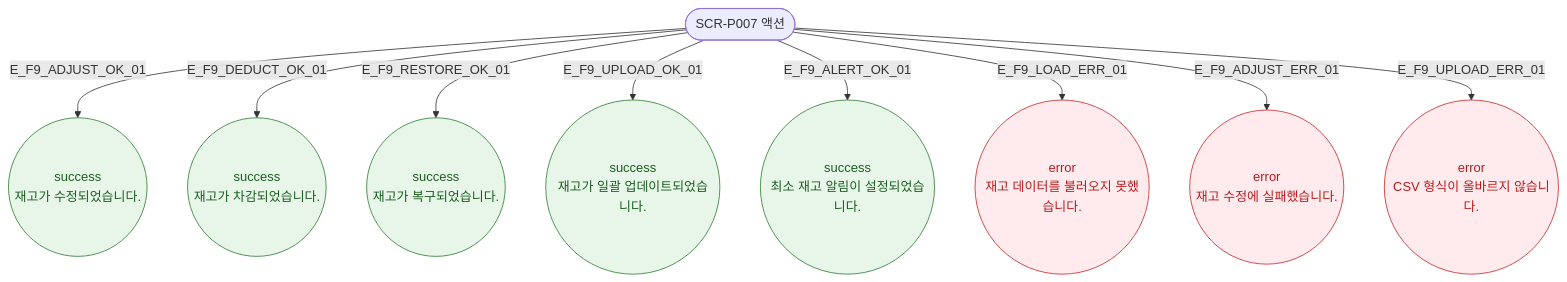
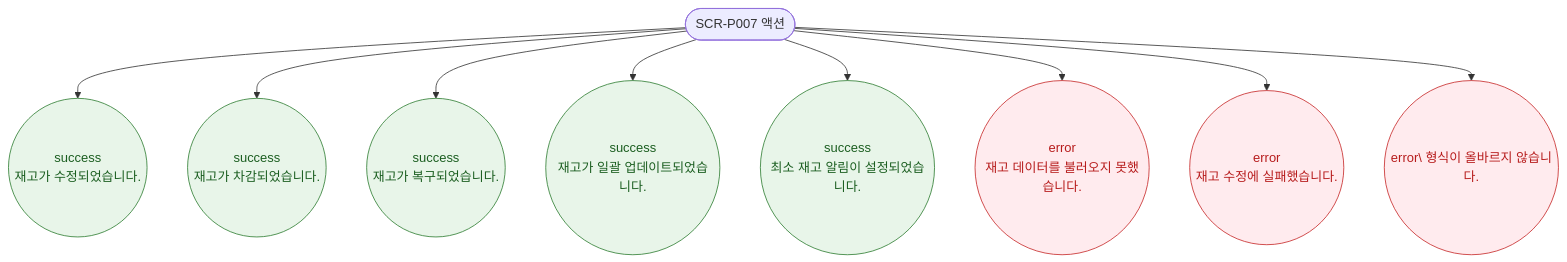
Before and after one commit to dev-spogym/admin-pando: the diagram in docs/다이어그램/D05_상품관리/SCR-P007_재고관리/F9_토스트피드백.md, drawn with Mermaid. The commit also changed other lines of this file and 1660 other files, not shown here.

First line of the commit message:
다이어그램: 기획자/클라이언트 납품본으로 정리

````diff
--- a/docs/다이어그램/D05_상품관리/SCR-P007_재고관리/F9_토스트피드백.md
+++ b/docs/다이어그램/D05_상품관리/SCR-P007_재고관리/F9_토스트피드백.md
@@ -16,18 +14,18 @@
 ```mermaid
 flowchart TD
     TRIGGER([SCR-P007 액션])
 
-    TRIGGER -->|E_F9_ADJUST_OK_01| T_ADJUST((success\n재고가 수정되었습니다.))
-    TRIGGER -->|E_F9_DEDUCT_OK_01| T_DEDUCT((success\n재고가 차감되었습니다.))
-    TRIGGER -->|E_F9_RESTORE_OK_01| T_RESTORE((success\n재고가 복구되었습니다.))
-    TRIGGER -->|E_F9_UPLOAD_OK_01| T_UPLOAD((success\n재고가 일괄 업데이트되었습니다.))
-    TRIGGER -->|E_F9_ALERT_OK_01| T_ALERT((success\n최소 재고 알림이 설정되었습니다.))
-    TRIGGER -->|E_F9_LOAD_ERR_01| T_LOAD_ERR((error\n재고 데이터를 불러오지 못했습니다.))
-    TRIGGER -->|E_F9_ADJUST_ERR_01| T_ADJUST_ERR((error\n재고 수정에 실패했습니다.))
-    TRIGGER -->|E_F9_UPLOAD_ERR_01| T_UPLOAD_ERR((error\nCSV 형식이 올바르지 않습니다.))
+    TRIGGER --> T_ADJUST((success\n재고가 수정되었습니다.))
+    TRIGGER --> T_DEDUCT((success\n재고가 차감되었습니다.))
+    TRIGGER --> T_RESTORE((success\n재고가 복구되었습니다.))
+    TRIGGER --> T_UPLOAD((success\n재고가 일괄 업데이트되었습니다.))
+    TRIGGER --> T_ALERT((success\n최소 재고 알림이 설정되었습니다.))
+    TRIGGER --> T_LOAD_ERR((error\n재고 데이터를 불러오지 못했습니다.))
+    TRIGGER --> T_ADJUST_ERR((error\n재고 수정에 실패했습니다.))
+    TRIGGER --> T_UPLOAD_ERR((error\ 형식이 올바르지 않습니다.))
 
     classDef success fill:#E8F5E9,stroke:#2E7D32,color:#1B5E20
     classDef error fill:#FFEBEE,stroke:#C62828,color:#B71C1C
     class T_ADJUST,T_DEDUCT,T_RESTORE,T_UPLOAD,T_ALERT success
     class T_LOAD_ERR,T_ADJUST_ERR,T_UPLOAD_ERR error
 ```
````
